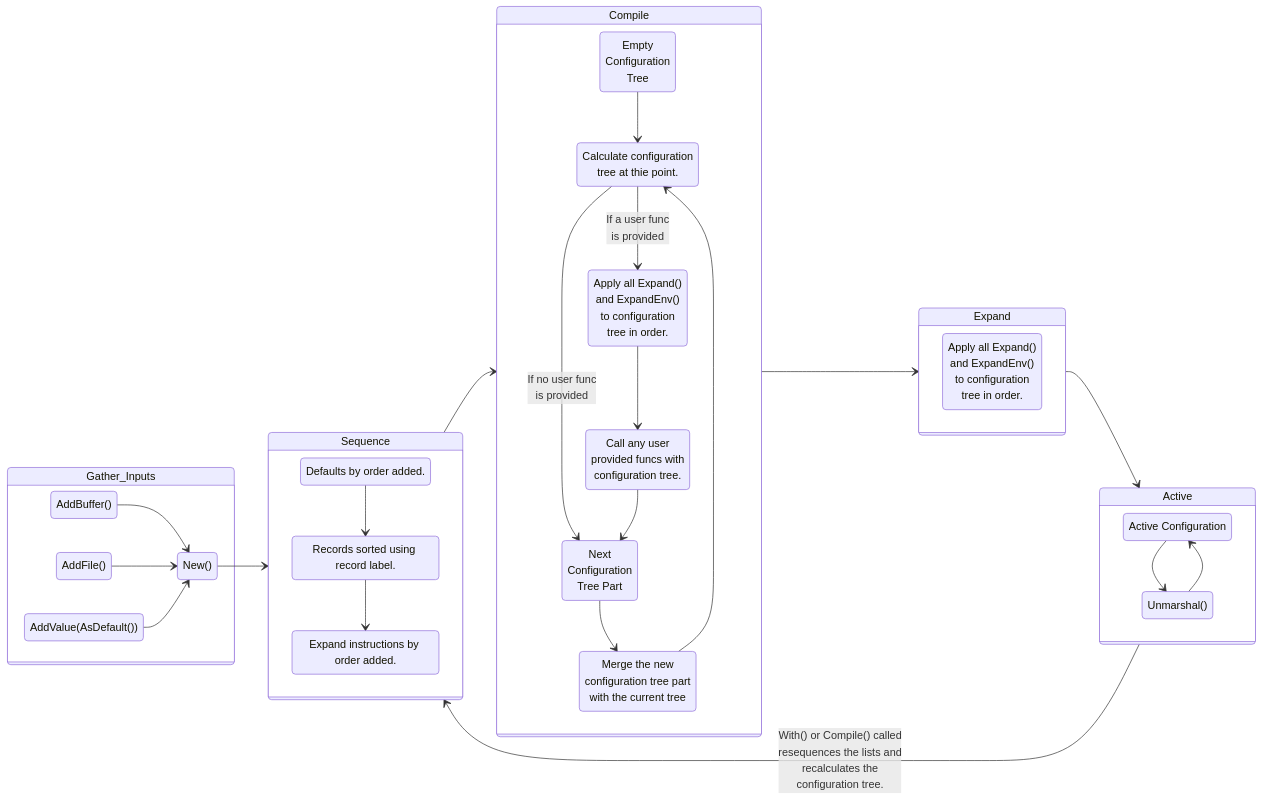
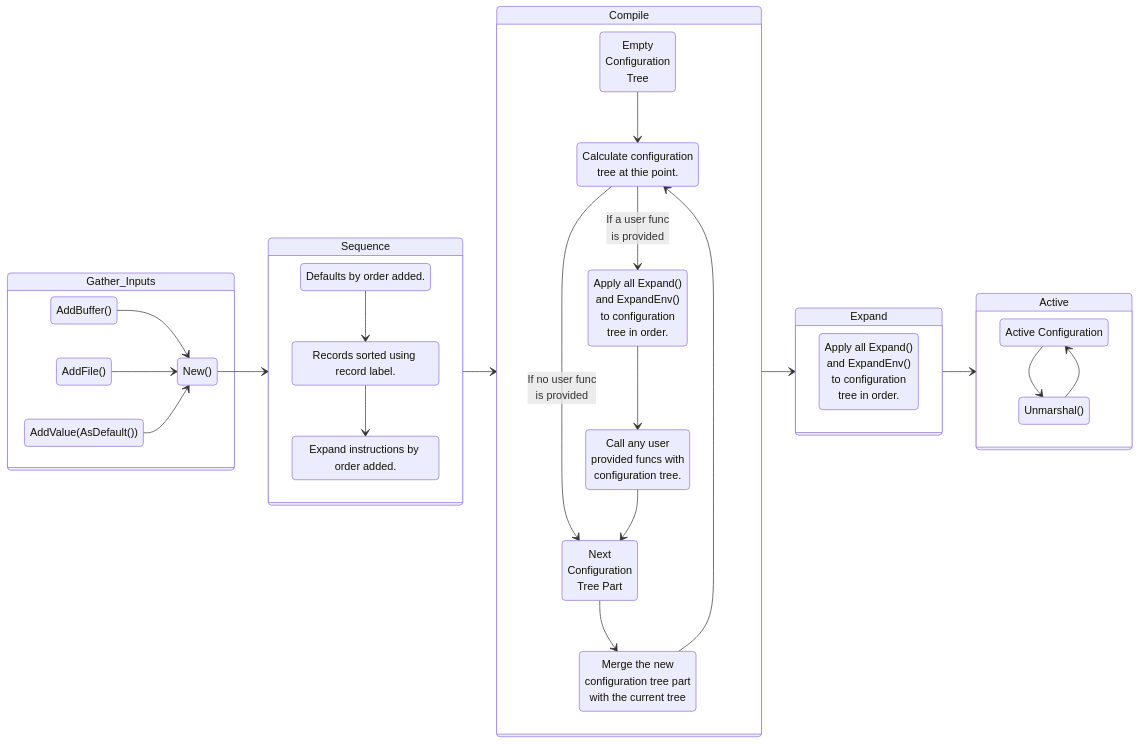
Before and after one commit to schmidtw/goschtalt: the diagram in README.md, drawn with Mermaid.

Commit message:
Simplify the diagram a bit.

````diff
--- a/README.md
+++ b/README.md
@@ -28,55 +28,54 @@
 ```mermaid
 stateDiagram-v2
     direction LR
 
     state Gather_Inputs {
         direction TB
         AddBuffer() --> New()
         AddFile() --> New()
         AddValue(AsDefault()) --> New()
     }
 
     state Sequence {
         direction TB
         Defaults:Defaults by order added.
         Records:Records sorted using record label.
         ex:Expand instructions by order added.
 
         Defaults --> Records
         Records --> ex
     }
 
     state Compile {
         calc:Calculate configuration<br/>tree at thie point.
         eval:Apply all Expand()<br/>and ExpandEnv()<br/>to configuration<br/>tree in order.
         fetch:Call any user<br/>provided funcs with<br/>configuration tree.
         next:Next<br/>Configuration<br/>Tree Part
         merge:Merge the new<br/>configuration tree part<br/>with the current tree
         Empty:Empty<br/>Configuration<br/>Tree
 
 
         Empty --> calc
         calc --> eval:If a user func<br/>is provided
         calc --> next:If no user func<br/>is provided
         eval --> fetch
         fetch --> next
         next --> merge
         merge --> calc
     }
 
     state Expand {
         exp:Apply all Expand()<br/>and ExpandEnv()<br/>to configuration<br/>tree in order.
     }
 
     state Active {
         active:Active Configuration
         unmarshal:Unmarshal()
         active --> unmarshal
         unmarshal --> active
     }
     New() --> Sequence
     Sequence --> Compile
     Compile --> Expand
     Expand --> Active
-    Active --> Sequence:With() or Compile() called<br/>resequences the lists and<br/>recalculates the <br/>configuration tree.
 ```
````
